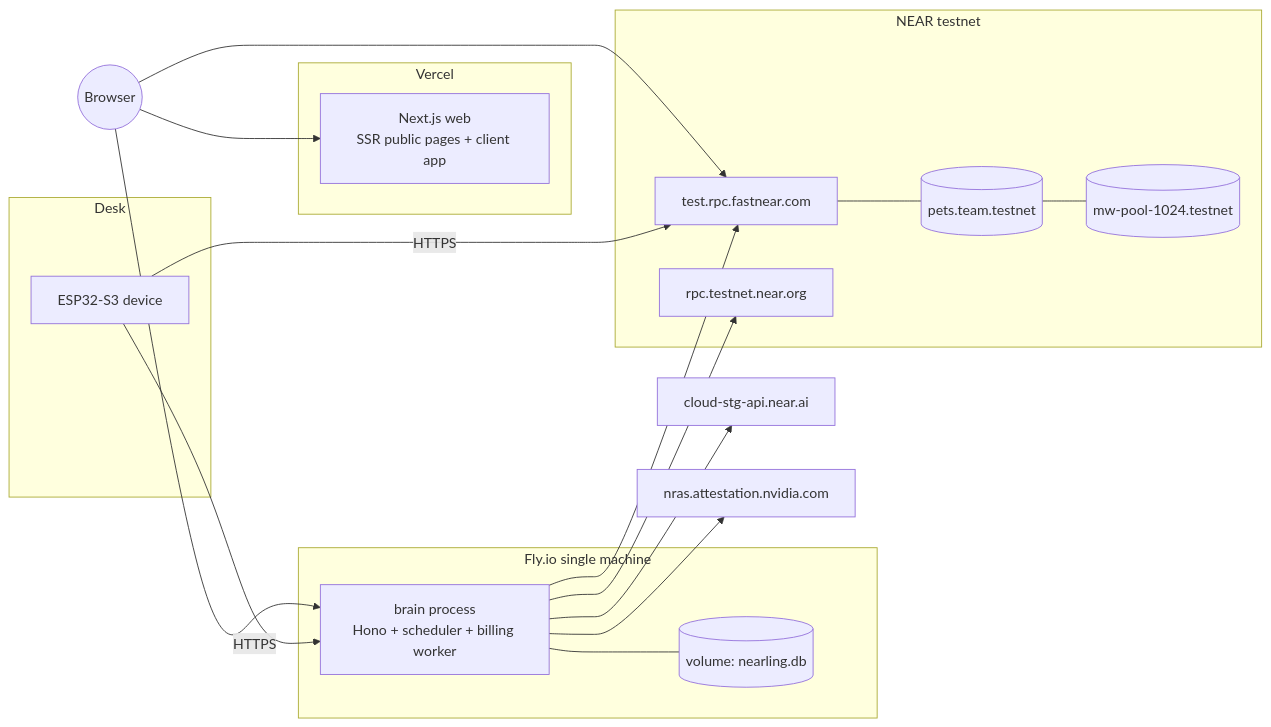
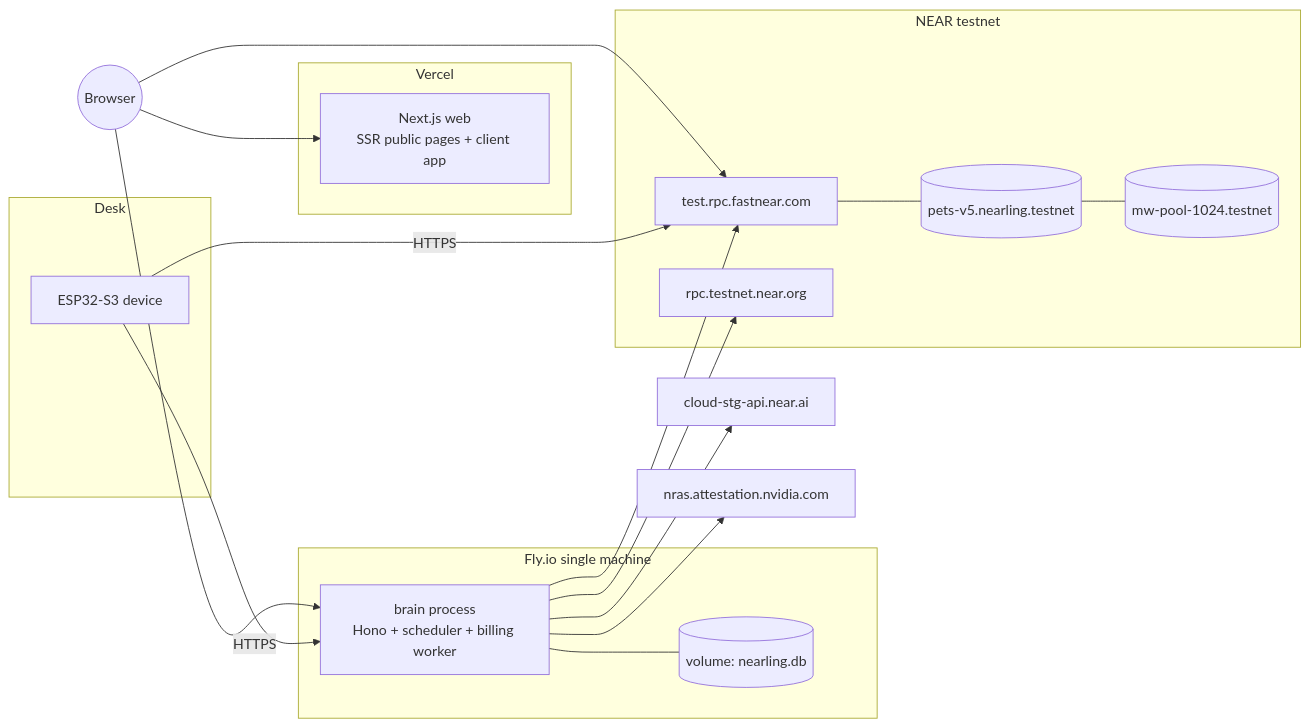
One commit to JNHNG0205/Nearling changed diagram 17 of 17 in Architecture.md. Above: the diagram before and after it, drawn with Mermaid. The commit also changed other lines of this file and 3 other files, not shown here.

First line of the commit message:
docs: align architecture with the contract as built (M1 to M4)

````diff
--- a/Architecture.md
+++ b/Architecture.md
@@ -875,33 +892,33 @@
 ```mermaid
 flowchart LR
   subgraph Vercel
     WEBD[Next.js web<br/>SSR public pages + client app]
   end
   subgraph Fly.io single machine
     BRD[brain process<br/>Hono + scheduler + billing worker]
     VOL[(volume: nearling.db)]
     BRD --- VOL
   end
   subgraph Desk
     DEVD[ESP32-S3 device]
   end
   subgraph NEAR testnet
     RPC1[test.rpc.fastnear.com]
     RPC2[rpc.testnet.near.org]
-    PETSD[(pets.team.testnet)]
+    PETSD[(pets-v5.nearling.testnet)]
     POOLD[(mw-pool-1024.testnet)]
   end
   AID[cloud-stg-api.near.ai]
   NRASD[nras.attestation.nvidia.com]
 
   Browser((Browser)) --> WEBD
   Browser --> BRD
   Browser --> RPC1
   DEVD -- HTTPS --> BRD
   DEVD -- HTTPS --> RPC1
   BRD --> RPC1 & RPC2
   RPC1 --- PETSD
   PETSD --- POOLD
   BRD --> AID
   BRD --> NRASD
 ```
````
